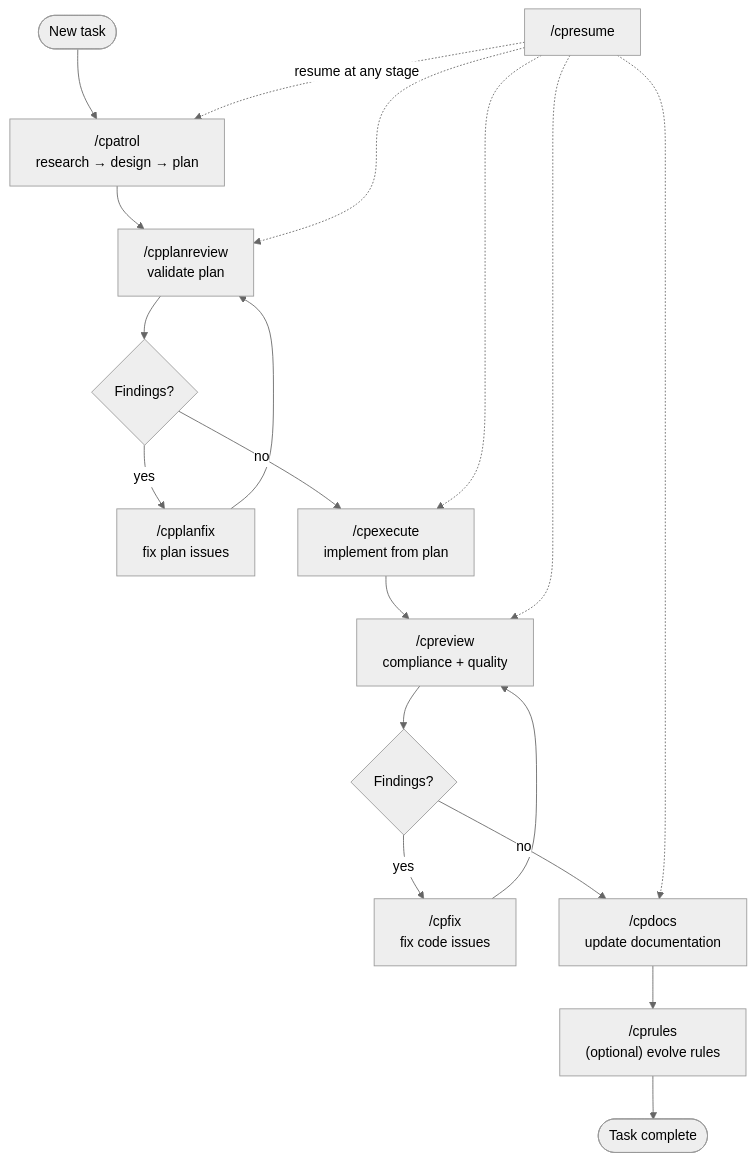
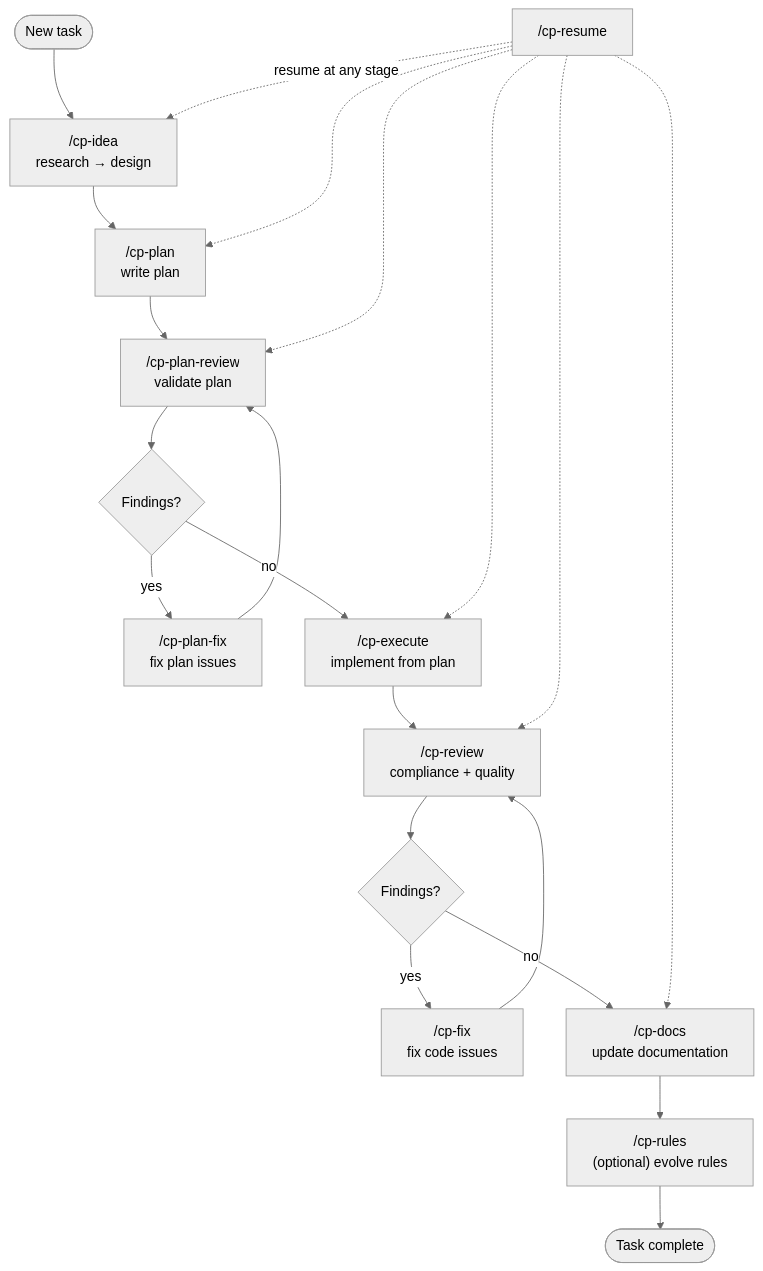
One commit to unger1984/codepatrol changed the diagram in .ai/docs/shared/workflow.md. Above: the diagram before and after it, drawn with Mermaid (neutral theme). The commit also changed other lines of this file and 50 other files, not shown here.

````diff
--- a/.ai/docs/shared/workflow.md
+++ b/.ai/docs/shared/workflow.md
@@ -28,22 +28,24 @@
 ```mermaid
 flowchart TD
-    START([New task]) --> CP["/cpatrol\nresearch → design → plan"]
-    CP --> PPR["/cpplanreview\nvalidate plan"]
+    START([New task]) --> CP["/cp-idea\nresearch → design"]
+    CP --> PL["/cp-plan\nwrite plan"]
+    PL --> PPR["/cp-plan-review\nvalidate plan"]
     PPR --> PPF{Findings?}
-    PPF -->|yes| PPFIX["/cpplanfix\nfix plan issues"]
+    PPF -->|yes| PPFIX["/cp-plan-fix\nfix plan issues"]
     PPFIX --> PPR
-    PPF -->|no| EX["/cpexecute\nimplement from plan"]
-    EX --> CR["/cpreview\ncompliance + quality"]
+    PPF -->|no| EX["/cp-execute\nimplement from plan"]
+    EX --> CR["/cp-review\ncompliance + quality"]
     CR --> CRF{Findings?}
-    CRF -->|yes| CFIX["/cpfix\nfix code issues"]
+    CRF -->|yes| CFIX["/cp-fix\nfix code issues"]
     CFIX --> CR
-    CRF -->|no| DOCS["/cpdocs\nupdate documentation"]
-    DOCS --> RULES["/cprules\n(optional) evolve rules"]
+    CRF -->|no| DOCS["/cp-docs\nupdate documentation"]
+    DOCS --> RULES["/cp-rules\n(optional) evolve rules"]
     RULES --> DONE([Task complete])
 
-    RESUME["/cpresume"] -.->|resume at any stage| CP
+    RESUME["/cp-resume"] -.->|resume at any stage| CP
+    RESUME -.-> PL
     RESUME -.-> PPR
     RESUME -.-> EX
     RESUME -.-> CR
     RESUME -.-> DOCS
 ```
````
